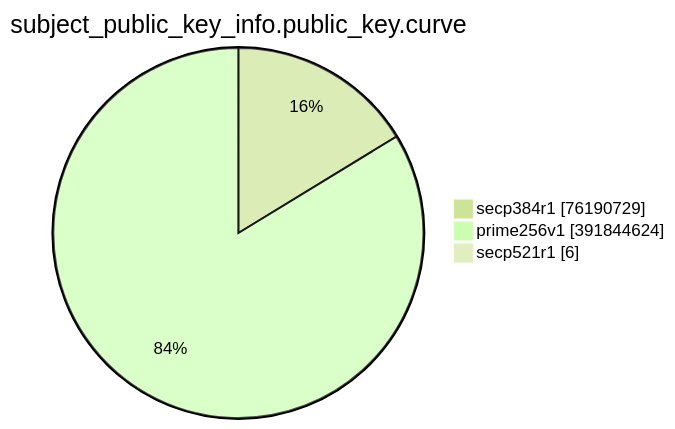
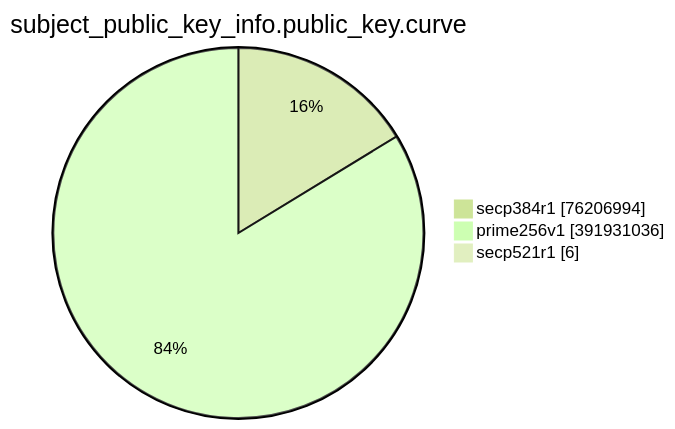
Before and after one commit to christiankrug/ctmonitor_visualization: the eighth of 15 diagrams in TOTAL/README.md, drawn with Mermaid (forest theme). The commit also changed other lines of this file, not shown here.

````diff
--- a/TOTAL/README.md
+++ b/TOTAL/README.md
@@ -3094,7 +3094,7 @@
 ```mermaid
 pie showData
 title subject_public_key_info.public_key.curve
-"secp384r1" :76190729
-"prime256v1" :391844624
+"secp384r1" :76206994
+"prime256v1" :391931036
 "secp521r1" :6
 ```
````
